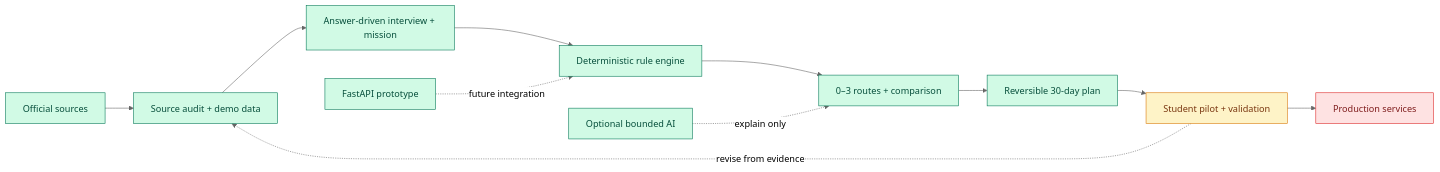
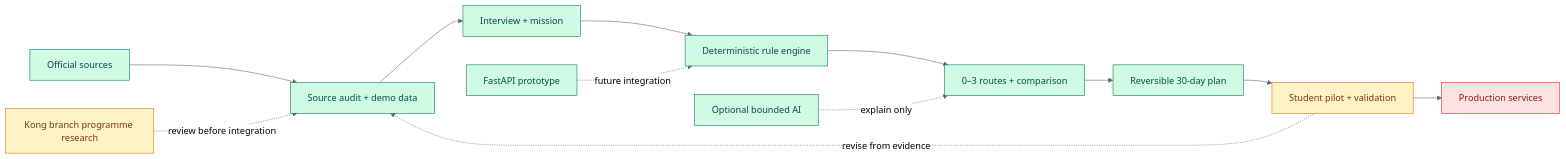
One commit to Pongkarm/Future_Me changed the first of 2 diagrams in README.md. Above: the diagram before and after it, drawn with Mermaid (neutral theme). The commit also changed other lines of this file and 8 other files, not shown here.

````diff
--- a/README.md
+++ b/README.md
@@ -81,21 +81,22 @@
 ```mermaid
 flowchart LR
     A["Official sources"] --> B["Source audit + demo data"]
-    B --> C["Answer-driven interview + mission"]
+    B --> C["Interview + mission"]
     C --> D["Deterministic rule engine"]
     D --> E["0–3 routes + comparison"]
     E --> F["Reversible 30-day plan"]
     F --> G["Student pilot + validation"]
     G -. "revise from evidence" .-> B
     G --> H["Production services"]
 
     I["Optional bounded AI"] -. "explain only" .-> E
     J["FastAPI prototype"] -. "future integration" .-> D
+    K["Kong branch programme research"] -. "review before integration" .-> B
 
     classDef working fill:#d1fae5,stroke:#047857,color:#064e3b;
     classDef validating fill:#fef3c7,stroke:#d97706,color:#78350f;
     classDef planned fill:#fee2e2,stroke:#dc2626,color:#7f1d1d;
     class A,B,C,D,E,F,I,J working;
-    class G validating;
+    class G,K validating;
     class H planned;
 ```
````
